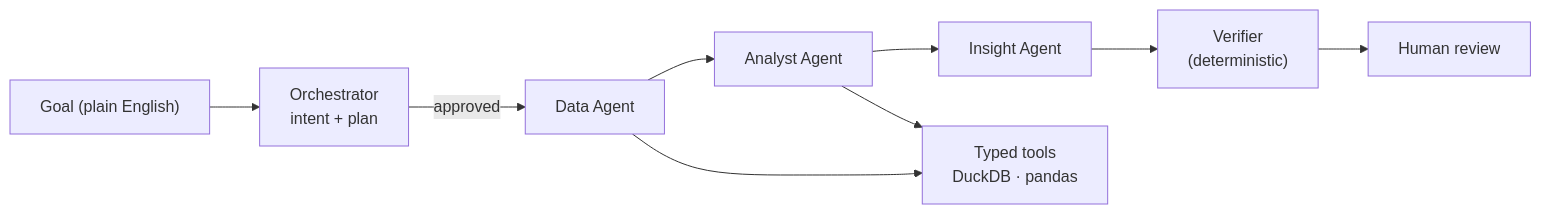
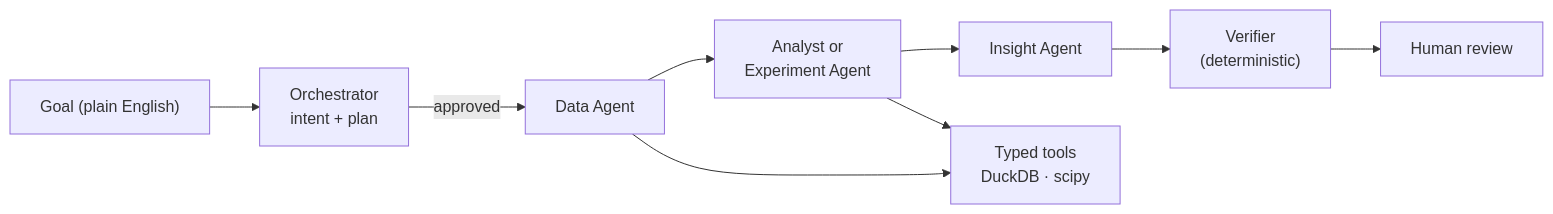
Before and after one commit to SweetVege/inferra: the diagram in README.md, drawn with Mermaid. The commit also changed other lines of this file and 24 other files, not shown here.

````diff
--- a/README.md
+++ b/README.md
@@ -15,7 +15,7 @@
 ```mermaid
 flowchart LR
   G["Goal (plain English)"] --> O["Orchestrator<br/>intent + plan"]
-  O -->|approved| D["Data Agent"] --> A["Analyst Agent"] --> I["Insight Agent"]
-  D & A --> T["Typed tools<br/>DuckDB · pandas"]
+  O -->|approved| D["Data Agent"] --> S["Analyst or<br/>Experiment Agent"] --> I["Insight Agent"]
+  D & S --> T["Typed tools<br/>DuckDB · scipy"]
   I --> V["Verifier<br/>(deterministic)"] --> R["Human review"]
 ```
````
